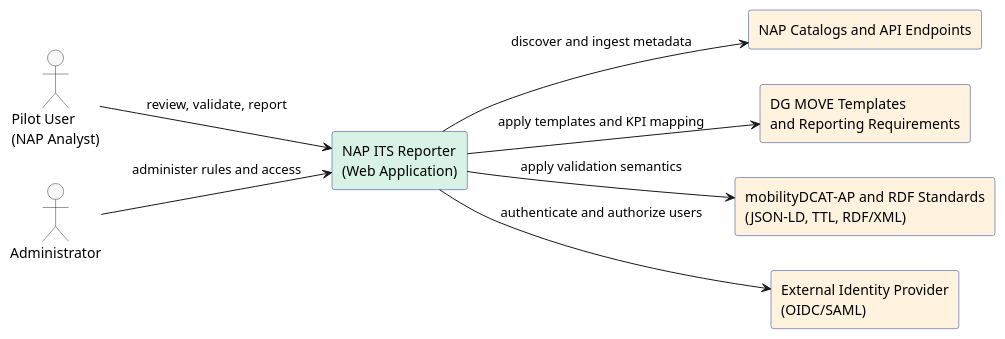
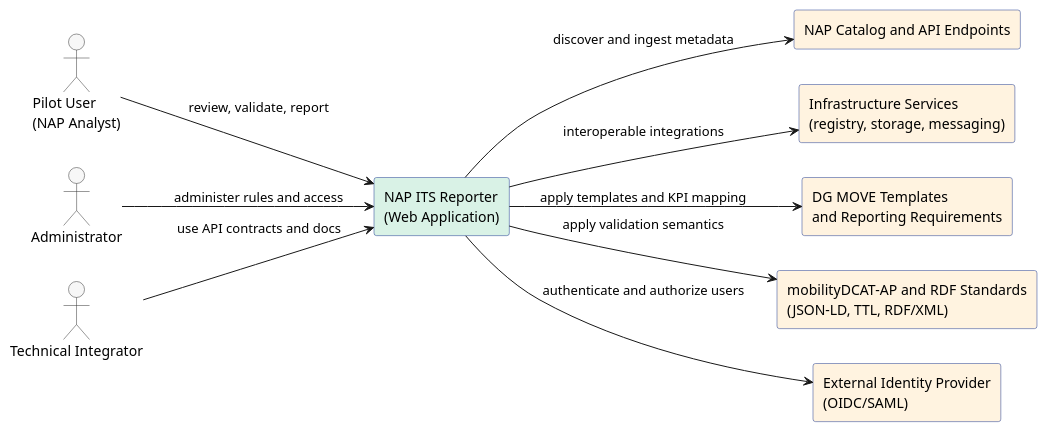
The diagram in Napcore-ITS-Reporting/docs/architecture/puml/system-context.puml (UM-KGPI/Napcore-ITS-Reporting), drawn with PlantUML before and after one commit. The commit also changed 11 other files, not shown here.

Commit message:
Refine architecture diagrams against contract requirements

```diff
--- a/Napcore-ITS-Reporting/docs/architecture/puml/system-context.puml
+++ b/Napcore-ITS-Reporting/docs/architecture/puml/system-context.puml
@@ -1,34 +1,38 @@
 @startuml
 ' System Context (Level 1)
 skinparam shadowing false
 skinparam componentStyle rectangle
 skinparam packageStyle rectangle
 left to right direction
 
 skinparam rectangle {
   BackgroundColor #eef5ff
   BorderColor #1f3a93
 }
 skinparam actor {
   BackgroundColor #f7f7f7
   BorderColor #333333
 }
 
 actor "Pilot User\n(NAP Analyst)" as U1
 actor "Administrator" as U2
+actor "Technical Integrator" as U3
 
 rectangle "NAP ITS Reporter\n(Web Application)" as APP #d9f2e6
 
-rectangle "NAP Catalogs and API Endpoints" as NAP #fff3e0
+rectangle "NAP Catalog and API Endpoints" as NAP #fff3e0
+rectangle "Infrastructure Services\n(registry, storage, messaging)" as INFRA #fff3e0
 rectangle "DG MOVE Templates\nand Reporting Requirements" as DGMOVE #fff3e0
 rectangle "mobilityDCAT-AP and RDF Standards\n(JSON-LD, TTL, RDF/XML)" as STD #fff3e0
 rectangle "External Identity Provider\n(OIDC/SAML)" as IDP #fff3e0
 
 U1 --> APP : review, validate, report
 U2 --> APP : administer rules and access
+U3 --> APP : use API contracts and docs
 
 APP --> NAP : discover and ingest metadata
+APP --> INFRA : interoperable integrations
 APP --> DGMOVE : apply templates and KPI mapping
 APP --> STD : apply validation semantics
 APP --> IDP : authenticate and authorize users
 @enduml
```
